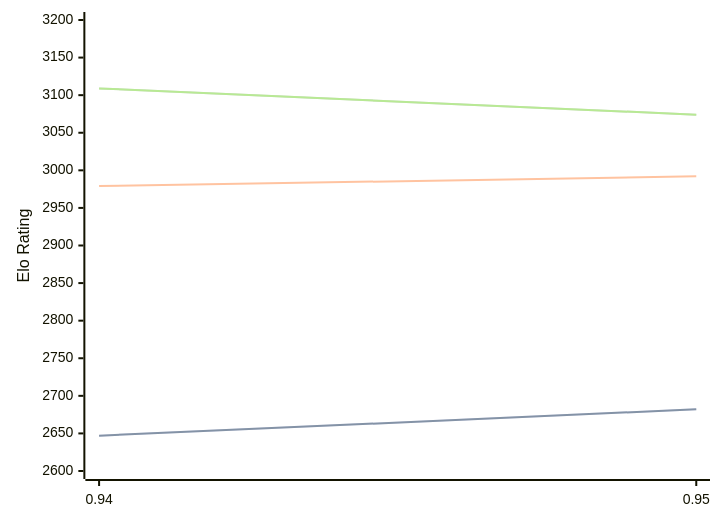
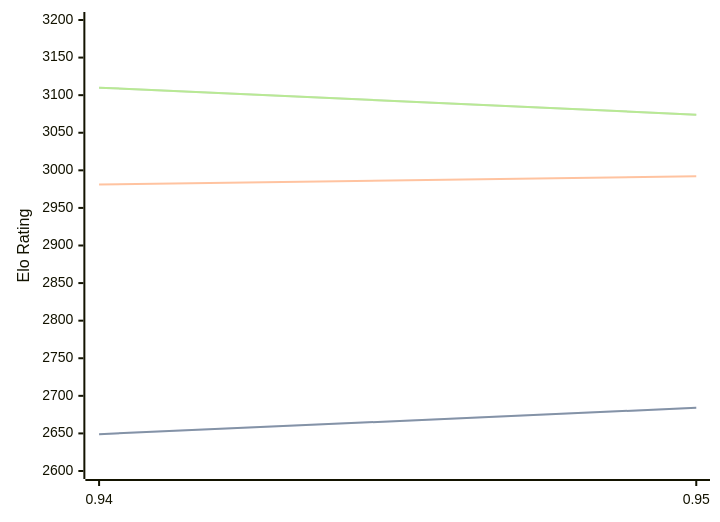
One commit to computer-chess-index/cci changed the diagram in engines/Myrddin.md. Above: the diagram before and after it, drawn with Mermaid. The commit also changed other lines of this file, not shown here.

Commit message:
Update CCI Ratings (ELO VLTC) - 2026-05-16

````diff
--- a/engines/Myrddin.md
+++ b/engines/Myrddin.md
@@ -37,11 +37,11 @@
 ```mermaid
 %%{init: {"theme":"base","themeVariables":{"seriesColors:['#a3a3a3','#222221','#faa371']}}}%%
 xychart-beta
   x-axis ["0.94", "0.95"]
   y-axis "Elo Rating" 2600 --> 3200
-  line "STC (8.0+0.08s)" [2647, 2682]
-  line "STC (8.0+0.08s)" [2647, 2682]
-  line "LTC (60.0+0.60s)" [2979, 2992]
-  line "VLTC (2m24s+1.12s)" [3109, 3074]
-  line "VLTC (2m24s+1.12s)" [3109, 3074]
+  line "STC (8.0+0.08s)" [2649, 2684]
+  line "STC (8.0+0.08s)" [2649, 2684]
+  line "LTC (60.0+0.60s)" [2981, 2992]
+  line "VLTC (2m24s+1.12s)" [3110, 3074]
+  line "VLTC (2m24s+1.12s)" [3110, 3074]
 ```
````
